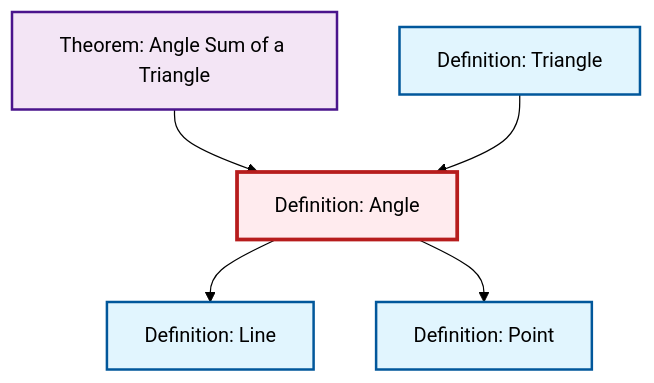
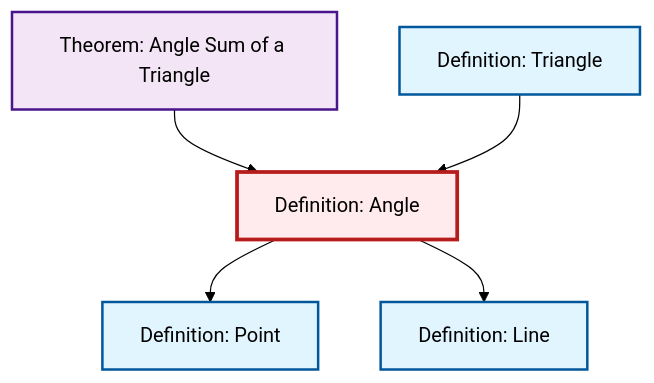
Before and after one commit to RK0429/ModernMath: the diagram in content/ja/geometry/def-angle.qmd, drawn with Mermaid (forest theme). The commit also changed other lines of this file and 360 other files, not shown here.

````diff
--- a/content/ja/geometry/def-angle.qmd
+++ b/content/ja/geometry/def-angle.qmd
@@ -50,23 +50,23 @@
 ```{mermaid}
 %%| fig-cap: "Local dependency graph"
 graph TD
     classDef definition fill:#e1f5fe,stroke:#01579b,stroke-width:2px
     classDef theorem fill:#f3e5f5,stroke:#4a148c,stroke-width:2px
     classDef axiom fill:#fff3e0,stroke:#e65100,stroke-width:2px
     classDef example fill:#e8f5e9,stroke:#1b5e20,stroke-width:2px
     classDef current fill:#ffebee,stroke:#b71c1c,stroke-width:3px
+    thm-angle-sum-triangle["Theorem: Angle Sum of a Triangle"]:::theorem
+    def-triangle["Definition: Triangle"]:::definition
+    def-angle["Definition: Angle"]:::definition
     def-point["Definition: Point"]:::definition
     def-line["Definition: Line"]:::definition
-    thm-angle-sum-triangle["Theorem: Angle Sum of a Triangle"]:::theorem
-    def-angle["Definition: Angle"]:::definition
-    def-triangle["Definition: Triangle"]:::definition
     thm-angle-sum-triangle --> def-angle
+    def-angle --> def-point
     def-triangle --> def-angle
     def-angle --> def-line
-    def-angle --> def-point
     class def-angle current
+    click thm-angle-sum-triangle "thm-angle-sum-triangle.html" "Theorem: Angle Sum of a Triangleへ"
+    click def-triangle "def-triangle.html" "Definition: Triangleへ"
     click def-point "def-point.html" "Definition: Pointへ"
     click def-line "def-line.html" "Definition: Lineへ"
-    click thm-angle-sum-triangle "thm-angle-sum-triangle.html" "Theorem: Angle Sum of a Triangleへ"
-    click def-triangle "def-triangle.html" "Definition: Triangleへ"
 ```
````
